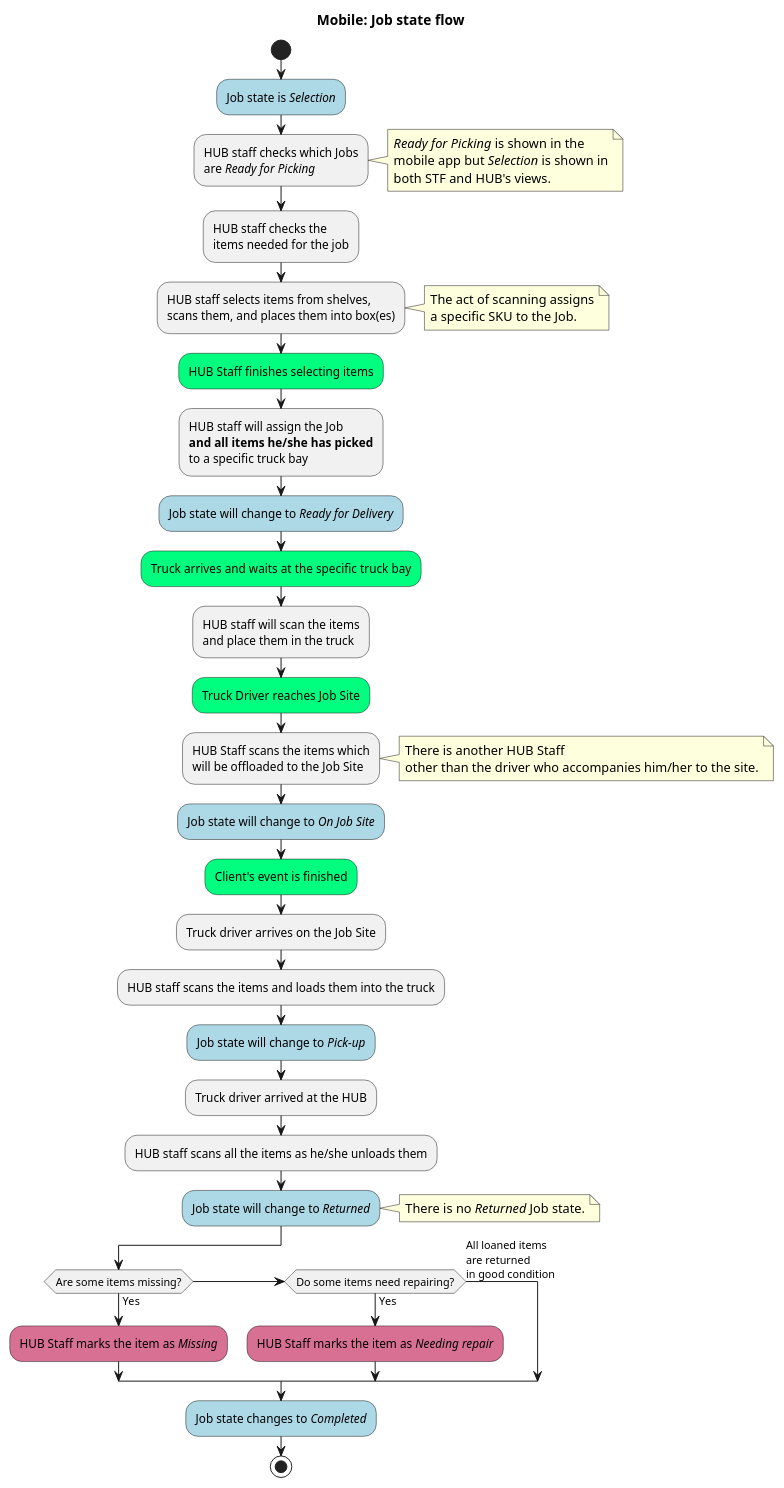
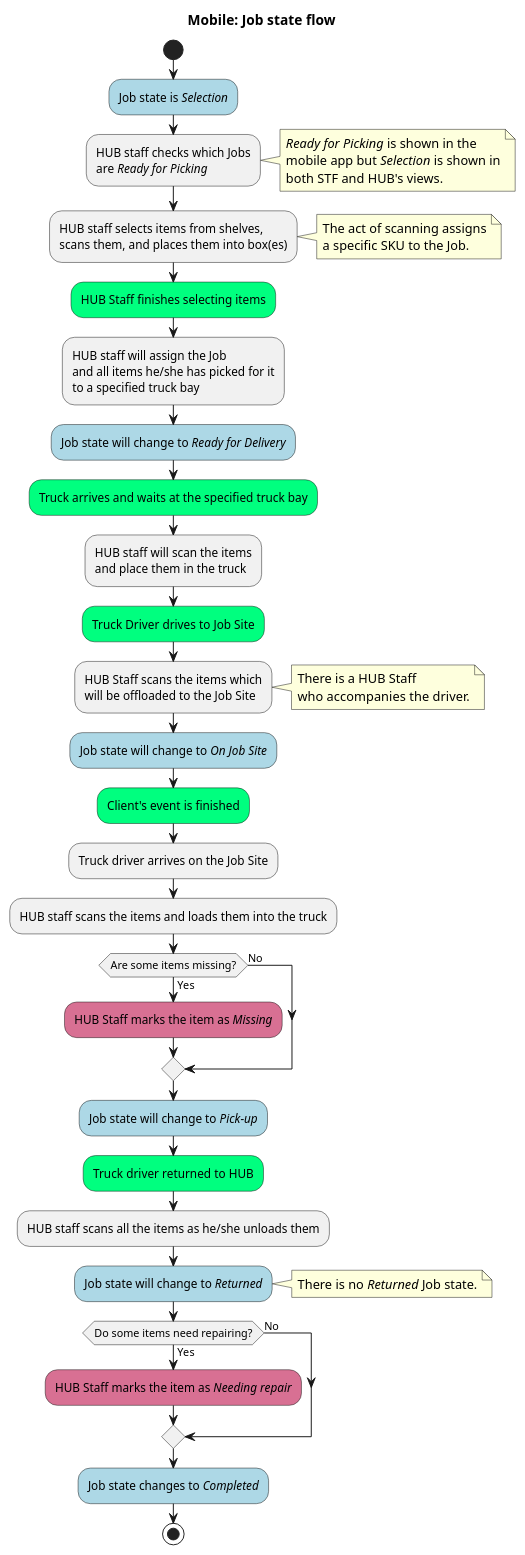
Before and after one commit to jpgacrama/NovariSpecs: the diagram in Mobile/Mobile_JobsToCompleted.pu, drawn with PlantUML.

Commit message:
master: Fixed the diagram for mobile app flow
Missing items are marked by HUB staff as he/she loads back the items from the client's venue

```diff
--- a/Mobile/Mobile_JobsToCompleted.pu
+++ b/Mobile/Mobile_JobsToCompleted.pu
@@ -3,75 +3,75 @@
 @startuml
     title Mobile: Job state flow
     start
 
     #LightBlue:Job state is //Selection//;
 
     :HUB staff checks which Jobs
     are //Ready for Picking//;
 
     note right
         //Ready for Picking// is shown in the 
         mobile app but //Selection// is shown in
         both STF and HUB's views.
     end note
     
-    :HUB staff checks the
-    items needed for the job;
-
     :HUB staff selects items from shelves,
     scans them, and places them into box(es);
 
     note right
         The act of scanning assigns
         a specific SKU to the Job.
     end note
 
     #SpringGreen:HUB Staff finishes selecting items;
 
     :HUB staff will assign the Job 
-    **and all items he/she has picked**
-    to a specific truck bay;
+    and all items he/she has picked for it
+    to a specified truck bay;
 
     #LightBlue:Job state will change to //Ready for Delivery//;
 
-    #SpringGreen:Truck arrives and waits at the specific truck bay;
+    #SpringGreen:Truck arrives and waits at the specified truck bay;
 
     :HUB staff will scan the items
     and place them in the truck;
 
-    #SpringGreen:Truck Driver reaches Job Site;
+    #SpringGreen:Truck Driver drives to Job Site;
     
     :HUB Staff scans the items which
     will be offloaded to the Job Site;
 
     note right
-        There is another HUB Staff
-        other than the driver who accompanies him/her to the site.
+        There is a HUB Staff
+        who accompanies the driver.
     end note
 
     #LightBlue:Job state will change to //On Job Site//;
 
     #SpringGreen:Client's event is finished;
     :Truck driver arrives on the Job Site;
     :HUB staff scans the items and loads them into the truck;
+
+    if(Are some items missing?) then (Yes)
+        #PaleVioletRed:HUB Staff marks the item as //Missing//;
+        else(No)
+    endif
+
     #LightBlue:Job state will change to //Pick-up//;
 
-    :Truck driver arrived at the HUB;
+    #SpringGreen:Truck driver returned to HUB;
     :HUB staff scans all the items as he/she unloads them;
     #LightBlue:Job state will change to //Returned//;
 
     note right
         There is no //Returned// Job state.
     end note
 
-    if(Are some items missing?) then (Yes)
-        #PaleVioletRed:HUB Staff marks the item as //Missing//;
-
-    elseif(Do some items need repairing?) then (Yes)
+    if(Do some items need repairing?) then (Yes)
         #PaleVioletRed:HUB Staff marks the item as //Needing repair//;
-    else(All loaned items\nare returned\nin good condition)
+    else(No)
     endif
 
     #LightBlue:Job state changes to //Completed//;
     stop
 @enduml
```
